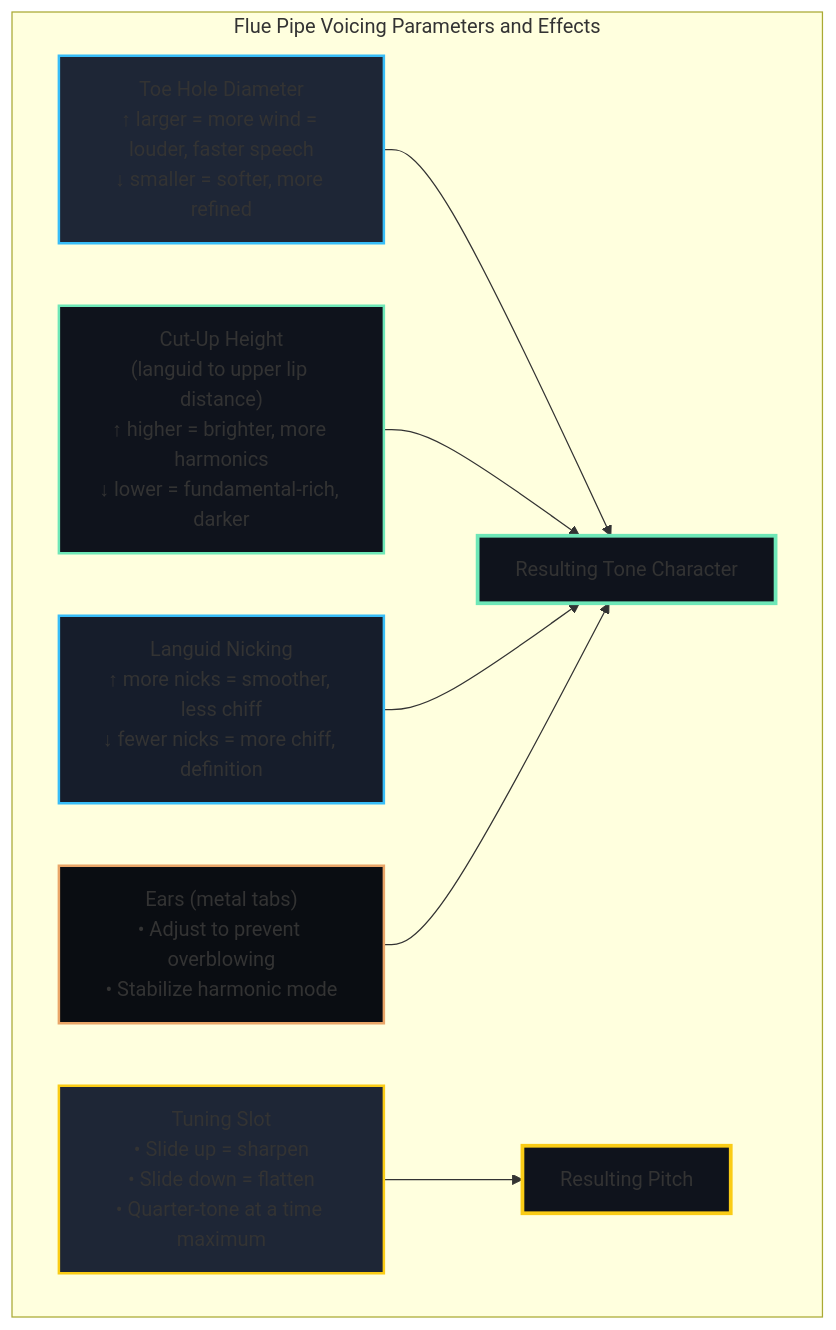
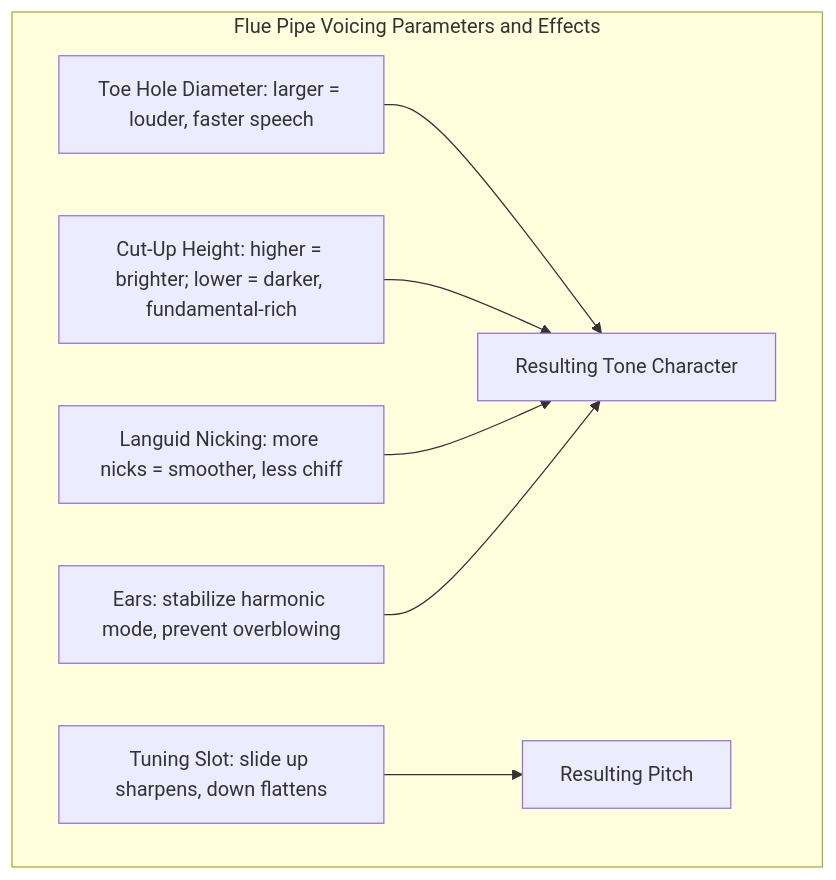
One commit to blebleblee/synapse changed the seventh of 8 diagrams in topics/arts/music_performance/organ/lesson_01_organ_anatomy.md. Above: the diagram before and after it, drawn with Mermaid. The commit also changed other lines of this file and 4 other files, not shown here.

````diff
--- a/topics/arts/music_performance/organ/lesson_01_organ_anatomy.md
+++ b/topics/arts/music_performance/organ/lesson_01_organ_anatomy.md
@@ -551,24 +459,15 @@
 ```mermaid
 graph TB
     subgraph sub_voicing_parameters ["Flue Pipe Voicing Parameters and Effects"]
-        TOE["Toe Hole Diameter\n↑ larger = more wind = louder, faster speech\n↓ smaller = softer, more refined"]
-        CUT["Cut-Up Height\n(languid to upper lip distance)\n↑ higher = brighter, more harmonics\n↓ lower = fundamental-rich, darker"]
-        NICK["Languid Nicking\n↑ more nicks = smoother, less chiff\n↓ fewer nicks = more chiff, definition"]
-        EAR["Ears (metal tabs)\n• Adjust to prevent overblowing\n• Stabilize harmonic mode"]
-        TUNE["Tuning Slot\n• Slide up = sharpen\n• Slide down = flatten\n• Quarter-tone at a time maximum"]
-
+        TOE["Toe Hole Diameter: larger = louder, faster speech"]
+        CUT["Cut-Up Height: higher = brighter; lower = darker, fundamental-rich"]
+        NICK["Languid Nicking: more nicks = smoother, less chiff"]
+        EAR["Ears: stabilize harmonic mode, prevent overblowing"]
+        TUNE["Tuning Slot: slide up sharpens, down flattens"]
         TOE --> TONE["Resulting Tone Character"]
         CUT --> TONE
         NICK --> TONE
         EAR --> TONE
         TUNE --> PITCH["Resulting Pitch"]
     end
-
-    style TOE fill:#1E2636,stroke:#38BDF8,stroke-width:2px
-    style CUT fill:#0F131C,stroke:#6EE7B7,stroke-width:2px
-    style NICK fill:#161D2B,stroke:#38BDF8,stroke-width:2px
-    style EAR fill:#0A0D12,stroke:#E9A568,stroke-width:2px
-    style TUNE fill:#1E2636,stroke:#FACC15,stroke-width:2px
-    style TONE fill:#0F131C,stroke:#6EE7B7,stroke-width:3px
-    style PITCH fill:#0F131C,stroke:#FACC15,stroke-width:3px
 ```
````
